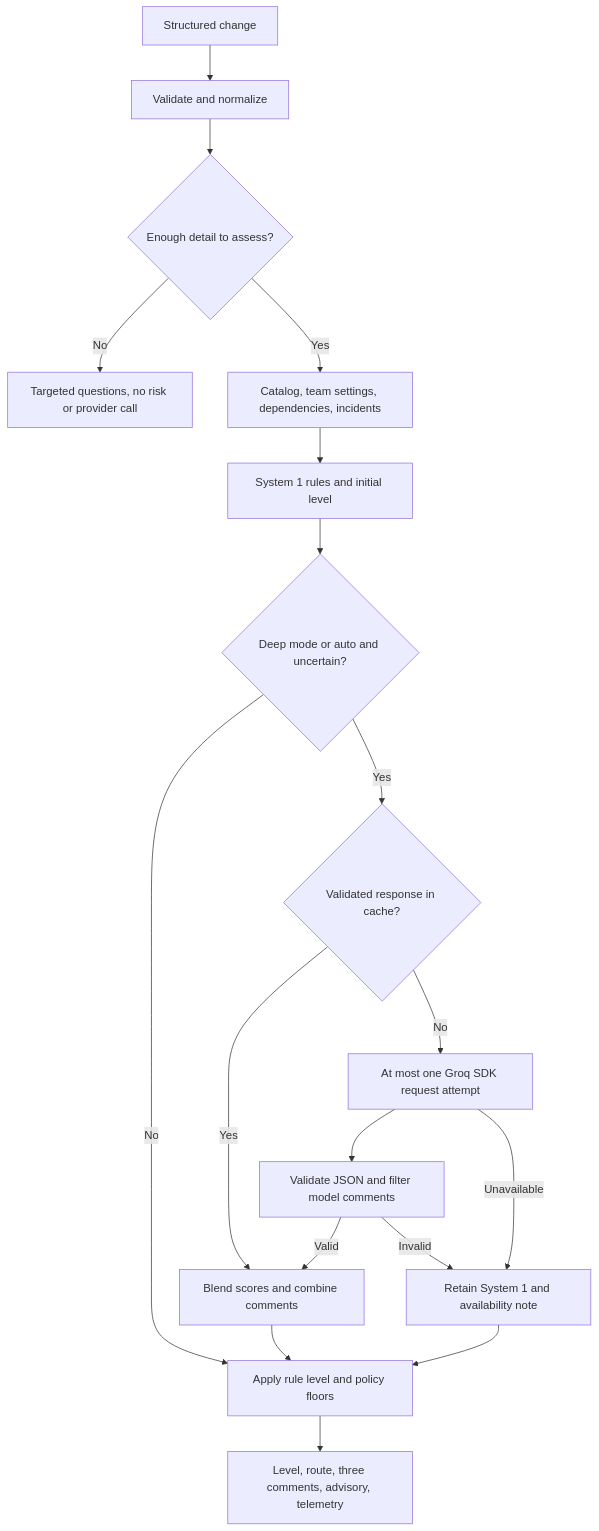
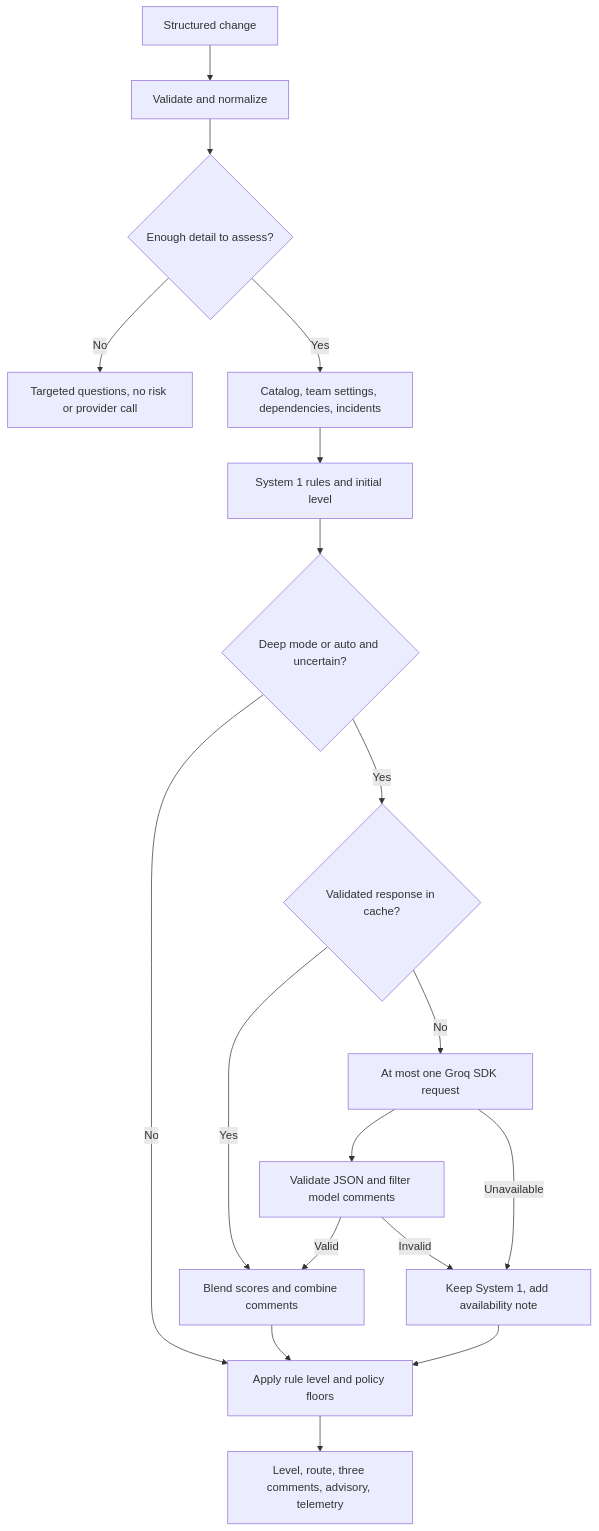
The diagram in docs/architecture.md (rajesamp/CRA2), drawn with Mermaid before and after one commit. The commit also changed other lines of this file and 10 other files, not shown here.

Commit message:
docs: tighten prose across guides and prompts; add product-owner architecture overview

````diff
--- a/docs/architecture.md
+++ b/docs/architecture.md
@@ -15,20 +24,20 @@
 ```mermaid
 flowchart TD
     Input[Structured change] --> Validate[Validate and normalize]
     Validate --> Complete{Enough detail to assess?}
     Complete -- No --> Clarify[Targeted questions, no risk or provider call]
     Complete -- Yes --> Context[Catalog, team settings, dependencies, incidents]
     Context --> Rules[System 1 rules and initial level]
     Rules --> Select{Deep mode or auto and uncertain?}
     Select -- No --> Floor[Apply rule level and policy floors]
     Select -- Yes --> Cache{Validated response in cache?}
     Cache -- Yes --> Blend[Blend scores and combine comments]
-    Cache -- No --> Groq[At most one Groq SDK request attempt]
+    Cache -- No --> Groq[At most one Groq SDK request]
     Groq --> ValidateResponse[Validate JSON and filter model comments]
     ValidateResponse -- Valid --> Blend
-    Groq -- Unavailable --> Fallback[Retain System 1 and availability note]
+    Groq -- Unavailable --> Fallback[Keep System 1, add availability note]
     ValidateResponse -- Invalid --> Fallback
     Fallback --> Floor
     Blend --> Floor
     Floor --> Output[Level, route, three comments, advisory, telemetry]
 ```
````
